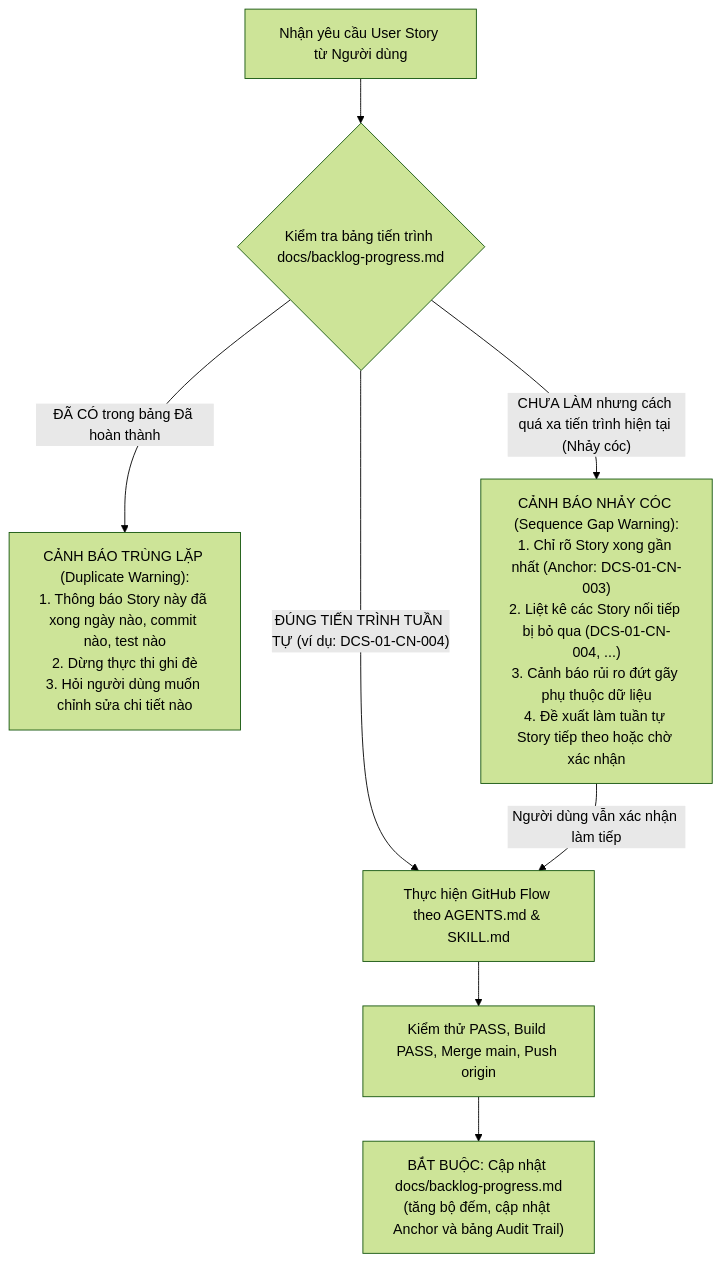
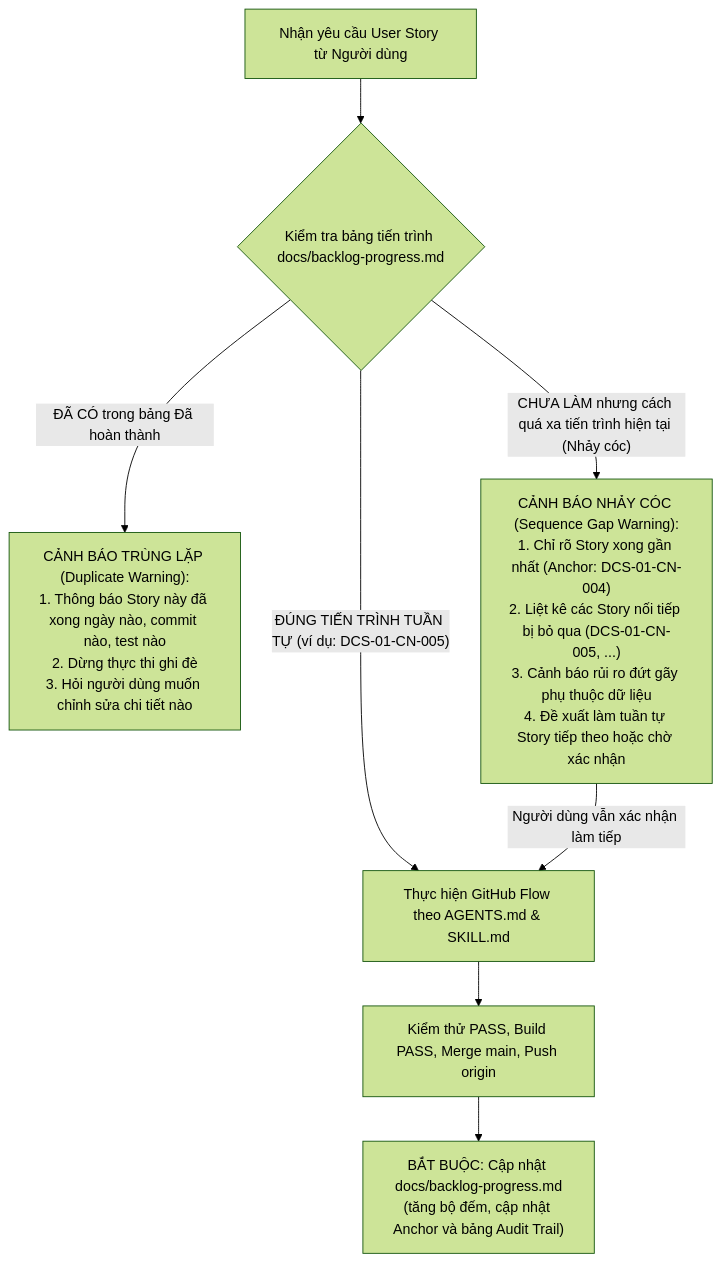
The diagram in docs/backlog-progress.md (hienvanla5/dia_chinh_so), drawn with Mermaid (forest theme) before and after one commit. The commit also changed other lines of this file and 1 other file, not shown here.

Commit message:
docs(api): document digital signature endpoints and update progress for DCS-01-CN-004

````diff
--- a/docs/backlog-progress.md
+++ b/docs/backlog-progress.md
@@ -70,14 +88,14 @@
 ```mermaid
 flowchart TD
     Req["Nhận yêu cầu User Story từ Người dùng"] --> CheckTable{"Kiểm tra bảng tiến trình docs/backlog-progress.md"}
     
     CheckTable -- "ĐÃ CÓ trong bảng Đã hoàn thành" --> WarnDup["CẢNH BÁO TRÙNG LẶP (Duplicate Warning):<br>1. Thông báo Story này đã xong ngày nào, commit nào, test nào<br>2. Dừng thực thi ghi đè<br>3. Hỏi người dùng muốn chỉnh sửa chi tiết nào"]
     
-    CheckTable -- "CHƯA LÀM nhưng cách quá xa tiến trình hiện tại (Nhảy cóc)" --> WarnGap["CẢNH BÁO NHẢY CÓC (Sequence Gap Warning):<br>1. Chỉ rõ Story xong gần nhất (Anchor: DCS-01-CN-003)<br>2. Liệt kê các Story nối tiếp bị bỏ qua (DCS-01-CN-004, ...)<br>3. Cảnh báo rủi ro đứt gãy phụ thuộc dữ liệu<br>4. Đề xuất làm tuần tự Story tiếp theo hoặc chờ xác nhận"]
+    CheckTable -- "CHƯA LÀM nhưng cách quá xa tiến trình hiện tại (Nhảy cóc)" --> WarnGap["CẢNH BÁO NHẢY CÓC (Sequence Gap Warning):<br>1. Chỉ rõ Story xong gần nhất (Anchor: DCS-01-CN-004)<br>2. Liệt kê các Story nối tiếp bị bỏ qua (DCS-01-CN-005, ...)<br>3. Cảnh báo rủi ro đứt gãy phụ thuộc dữ liệu<br>4. Đề xuất làm tuần tự Story tiếp theo hoặc chờ xác nhận"]
     
-    CheckTable -- "ĐÚNG TIẾN TRÌNH TUẦN TỰ (ví dụ: DCS-01-CN-004)" --> RunStory["Thực hiện GitHub Flow theo AGENTS.md & SKILL.md"]
+    CheckTable -- "ĐÚNG TIẾN TRÌNH TUẦN TỰ (ví dụ: DCS-01-CN-005)" --> RunStory["Thực hiện GitHub Flow theo AGENTS.md & SKILL.md"]
     WarnGap -- "Người dùng vẫn xác nhận làm tiếp" --> RunStory
     
     RunStory --> Done["Kiểm thử PASS, Build PASS, Merge main, Push origin"]
     Done --> UpdateLog["BẮT BUỘC: Cập nhật docs/backlog-progress.md<br>(tăng bộ đếm, cập nhật Anchor và bảng Audit Trail)"]
 ```
````
